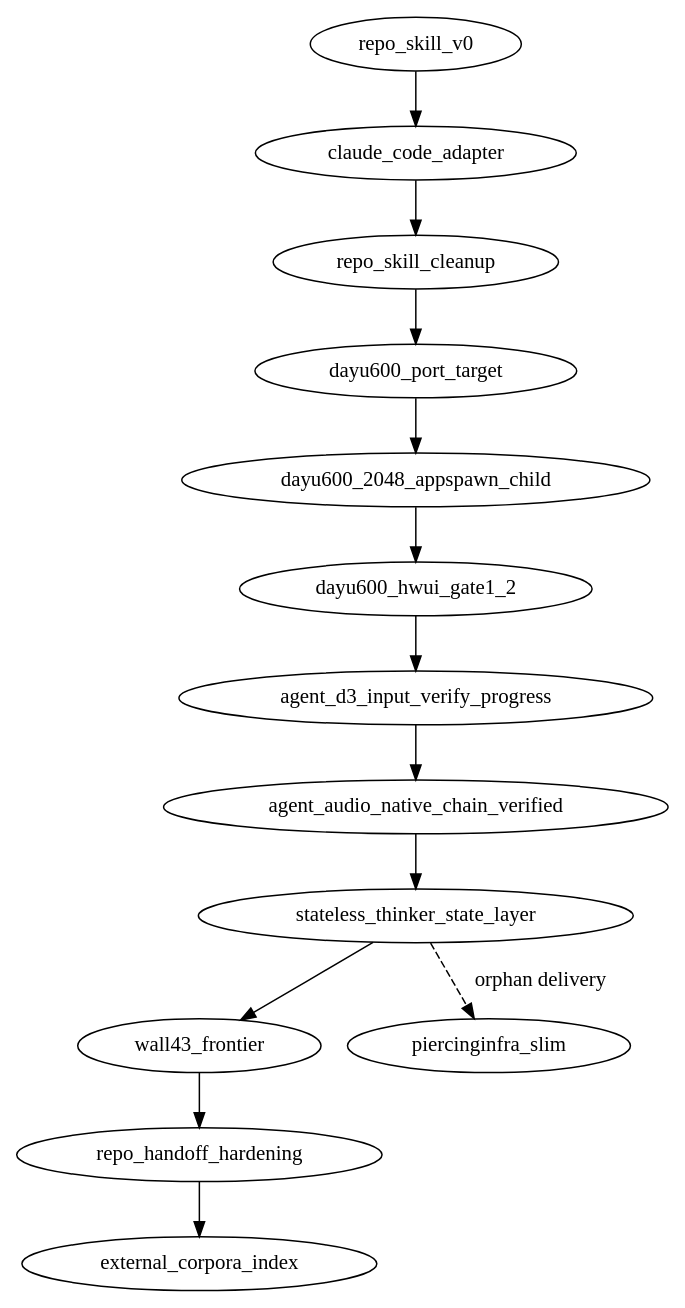
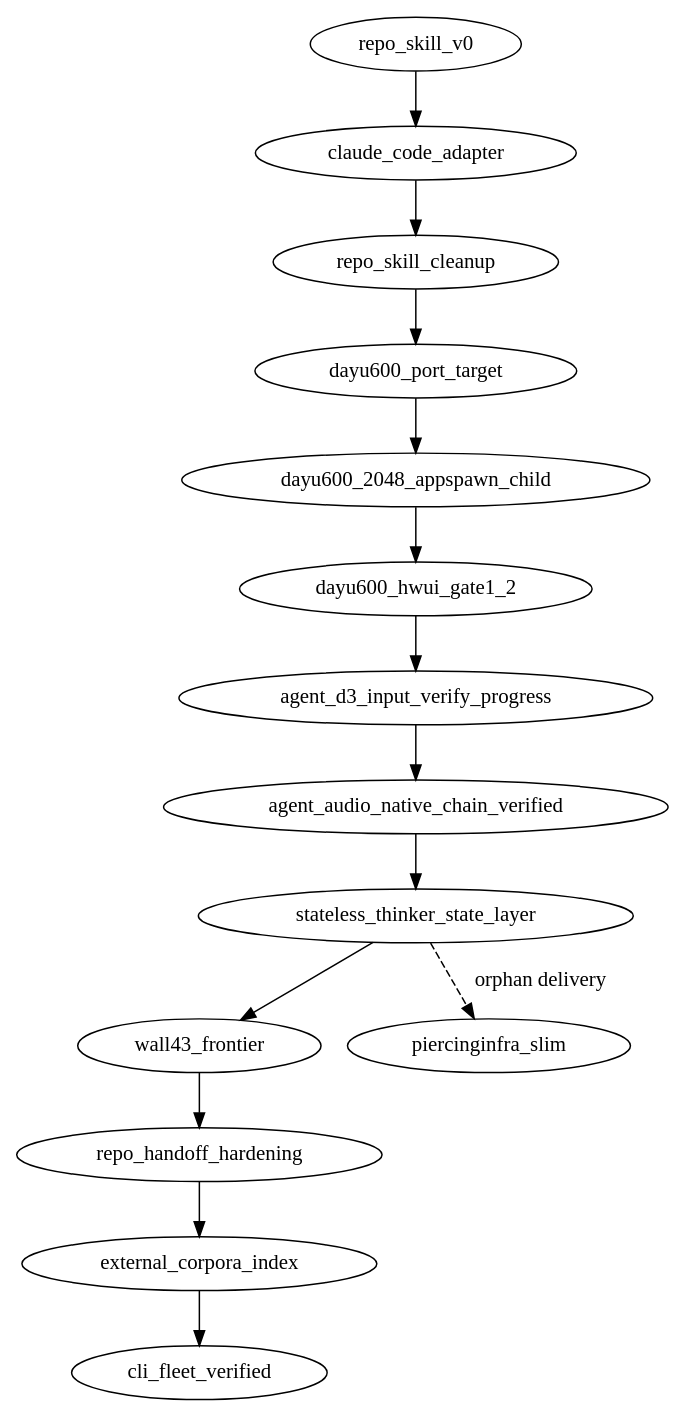
Before and after one commit to BH3GEI/westlake-piercing: the diagram in REPO_HISTORY.dot, drawn with Graphviz. The commit also changed 18 other files, not shown here.

Commit message:
基建落盘:实测 CLI worker 与模型路由

```diff
--- a/REPO_HISTORY.dot
+++ b/REPO_HISTORY.dot
@@ -137,7 +137,7 @@
   ];
 
   repo_handoff_hardening [
-    commit="self",
+    commit="a5e2d9b8f25d2cd5a30c1fd328a97a51ca5d72e8",
     base_commit="3656ddd7",
     actor="Yao/Codex",
     title="harden repository handoff and align live state with infra docs",
@@ -149,7 +149,7 @@
   ];
 
   external_corpora_index [
-    commit="self",
+    commit="7902ee5ee053636ea4c9251d72fd6a0fb5f0574b",
     base_commit="a5e2d9b8f25d2cd5a30c1fd328a97a51ca5d72e8",
     actor="Yao/Codex",
     title="index a2hlab requirement and Unity corpora without merging",
@@ -160,6 +160,18 @@
     note=".repo-skill/turns/2026-07-10-external-corpora-audit.md"
   ];
 
-  repo_skill_v0 -> claude_code_adapter -> repo_skill_cleanup -> dayu600_port_target -> dayu600_2048_appspawn_child -> dayu600_hwui_gate1_2 -> agent_d3_input_verify_progress -> agent_audio_native_chain_verified -> stateless_thinker_state_layer -> wall43_frontier -> repo_handoff_hardening -> external_corpora_index;
+  cli_fleet_verified [
+    commit="self",
+    base_commit="7902ee5ee053636ea4c9251d72fd6a0fb5f0574b",
+    actor="Yao/Codex",
+    title="verify and persist the local CLI worker fleet",
+    user_input="Confirm what the kimi, claude, codex, and agent commands actually invoke, which models they expose or serve, test the worker commands, and persist the result before resuming project functionality.",
+    agent_action="Resolved binaries and shell wrappers; inspected auth, routes and catalogs; corrected invalid commands; restricted Claude tools/settings/MCP; removed Cursor model mutation from automation; added per-card worktree isolation, a process-group watchdog and repeatable static/live fleet oracles; updated repo/global guidance after same-directory backups.",
+    code_delta="Infrastructure contracts, decision supersession, task template, dispatch documentation and local verification scripts only; no project runtime, live task, board, device, deployment or feature oracle changed.",
+    verify="static fleet/isolation/worktree/watchdog oracle 34/34 PASS; final live oracle 39/39 PASS: isolated Kimi, restricted Claude foreground/background and Codex workers plus temporary-HOME current-model Cursor Agent; no temp process remained and real Cursor config stayed byte/mode exact",
+    note=".repo-skill/turns/2026-07-10-cli-fleet-audit.md"
+  ];
+
+  repo_skill_v0 -> claude_code_adapter -> repo_skill_cleanup -> dayu600_port_target -> dayu600_2048_appspawn_child -> dayu600_hwui_gate1_2 -> agent_d3_input_verify_progress -> agent_audio_native_chain_verified -> stateless_thinker_state_layer -> wall43_frontier -> repo_handoff_hardening -> external_corpora_index -> cli_fleet_verified;
   stateless_thinker_state_layer -> piercinginfra_slim [style="dashed", label="orphan delivery"];
 }
```
